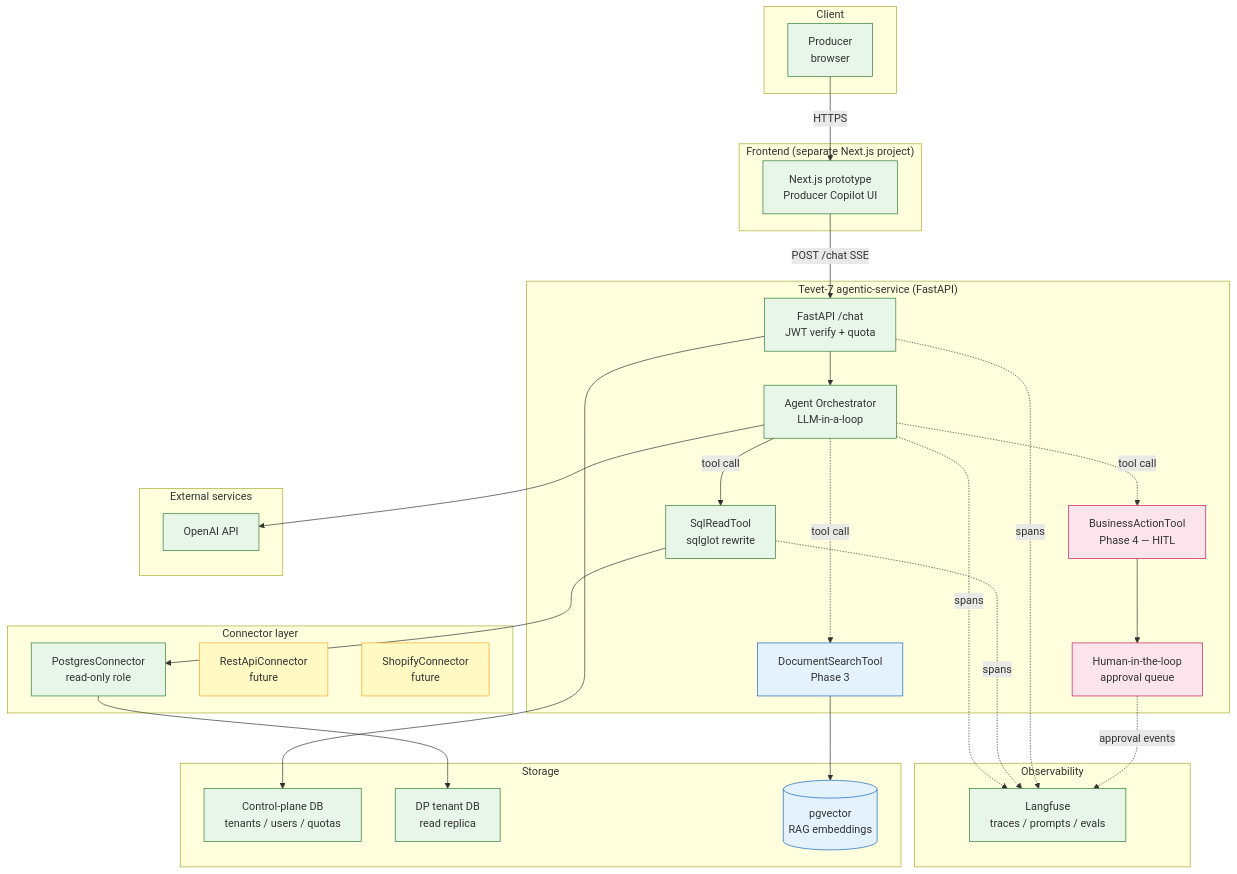
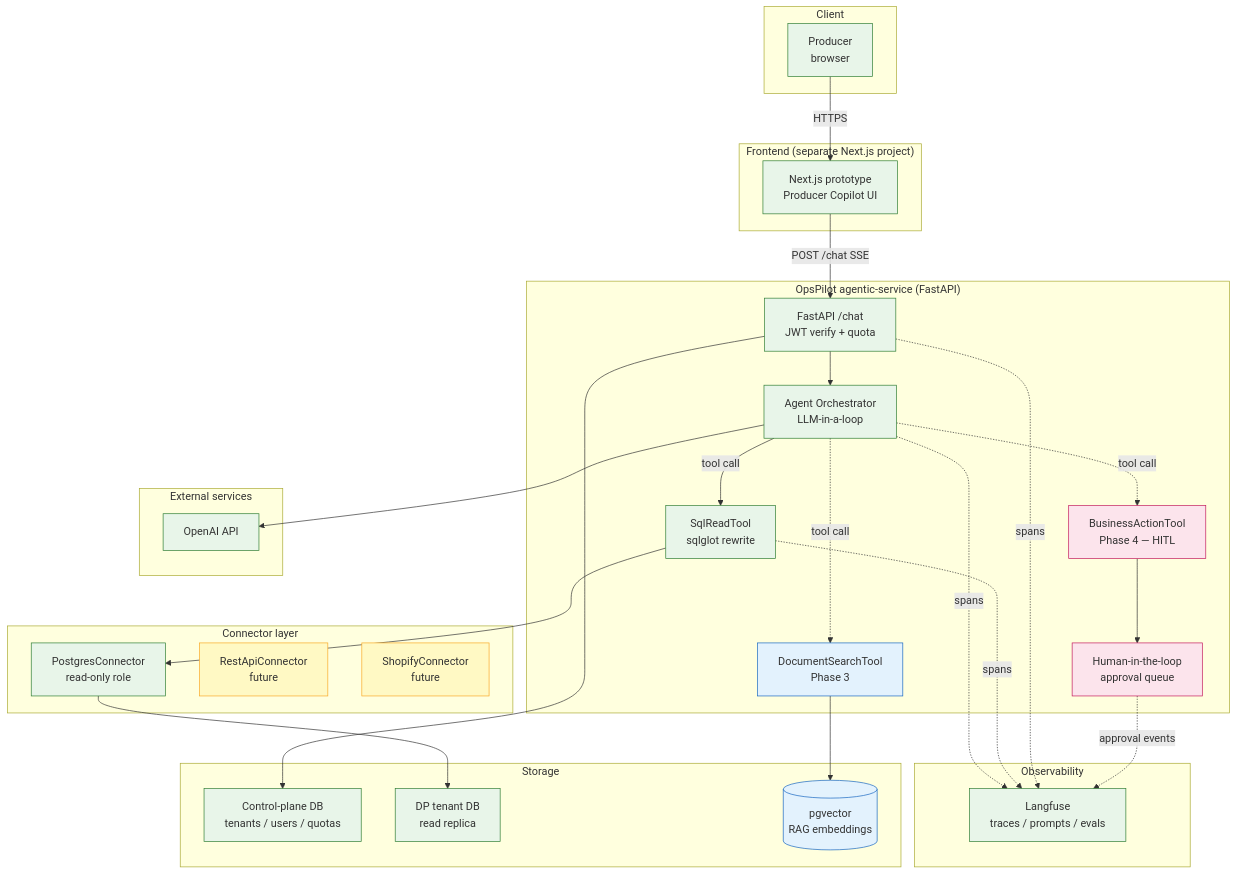
The first of 2 diagrams in agentic-service/docs/architecture.md (Txchrixo/tevet-7), drawn with Mermaid before and after one commit. The commit also changed other lines of this file and 98 other files, not shown here.

````diff
--- a/agentic-service/docs/architecture.md
+++ b/agentic-service/docs/architecture.md
@@ -29,67 +29,67 @@
 ```mermaid
 flowchart TB
     subgraph Client["Client"]
         U[Producer<br/>browser]
     end
 
     subgraph Frontend["Frontend (separate Next.js project)"]
         NX[Next.js prototype<br/>Producer Copilot UI]
     end
 
-    subgraph Backend["Tevet-7 agentic-service (FastAPI)"]
+    subgraph Backend["OpsPilot agentic-service (FastAPI)"]
         API[FastAPI /chat<br/>JWT verify + quota]
         ORC[Agent Orchestrator<br/>LLM-in-a-loop]
         SQLTOOL[SqlReadTool<br/>sqlglot rewrite]
         DOCTOOL[DocumentSearchTool<br/>Phase 3]
         ACTTOOL[BusinessActionTool<br/>Phase 4 — HITL]
         HITL[Human-in-the-loop<br/>approval queue]
     end
 
     subgraph Connector["Connector layer"]
         PC[PostgresConnector<br/>read-only role]
         RC[RestApiConnector<br/>future]
         SC[ShopifyConnector<br/>future]
     end
 
     subgraph Storage["Storage"]
         CP[Control-plane DB<br/>tenants / users / quotas]
         TDB[DP tenant DB<br/>read replica]
         VEC[(pgvector<br/>RAG embeddings)]
     end
 
     subgraph Obs["Observability"]
         LF[Langfuse<br/>traces / prompts / evals]
     end
 
     subgraph External["External services"]
         OAI[OpenAI API]
     end
 
     U -->|HTTPS| NX
     NX -->|POST /chat SSE| API
     API --> ORC
     ORC -->|tool call| SQLTOOL
     ORC -.->|tool call| DOCTOOL
     ORC -.->|tool call| ACTTOOL
     ACTTOOL --> HITL
 
     SQLTOOL --> PC
     DOCTOOL --> VEC
     PC --> TDB
 
     API --> CP
     ORC --> OAI
     ORC -.->|spans| LF
     SQLTOOL -.->|spans| LF
     API -.->|spans| LF
     HITL -.->|approval events| LF
 
     classDef phase0 fill:#e8f5e9,stroke:#2e7d32
     classDef phase1 fill:#fff9c4,stroke:#f9a825
     classDef phase3 fill:#e3f2fd,stroke:#1565c0
     classDef phase4 fill:#fce4ec,stroke:#c2185b
     class API,ORC,SQLTOOL,PC,CP,TDB,LF,OAI,NX,U phase0
     class DOCTOOL,VEC phase3
     class ACTTOOL,HITL phase4
     class RC,SC phase1
 ```
````
